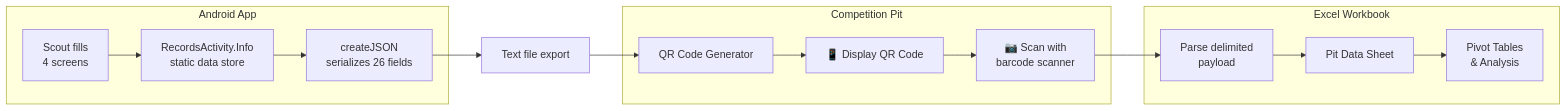
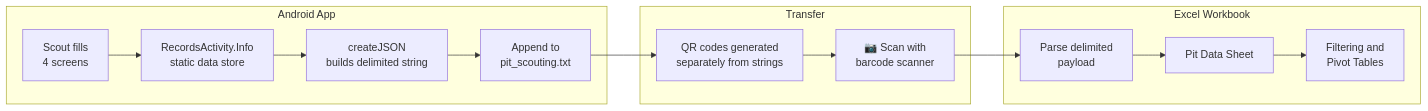
One commit to aamir-frc-scouting/frc-pit-scouting-app-2024 changed the diagram in README.md. Above: the diagram before and after it, drawn with Mermaid. The commit also changed other lines of this file, not shown here.

Commit message:
Make README claims consistent with the code and season history (#4)

````diff
--- a/README.md
+++ b/README.md
@@ -92,21 +92,19 @@
 ```mermaid
 flowchart LR
     subgraph Android App
         A[Scout fills<br/>4 screens] --> B[RecordsActivity.Info<br/>static data store]
-        B --> C[createJSON<br/>serializes 26 fields]
+        B --> C[createJSON<br/>builds delimited string]
+        C --> D[Append to<br/>pit_scouting.txt]
     end
     
-    C --> D[Text file export]
-    D --> E[QR Code Generator]
-    
-    subgraph Competition Pit
-        E --> F[📱 Display QR Code]
-        F --> G[📷 Scan with<br/>barcode scanner]
+    subgraph Transfer
+        D --> E[QR codes generated<br/>separately from strings]
+        E --> G[📷 Scan with<br/>barcode scanner]
     end
     
     subgraph Excel Workbook
         G --> H[Parse delimited<br/>payload]
         H --> I[Pit Data Sheet]
-        I --> J[Pivot Tables<br/>& Analysis]
+        I --> J[Filtering and<br/>Pivot Tables]
     end
 ```
````
